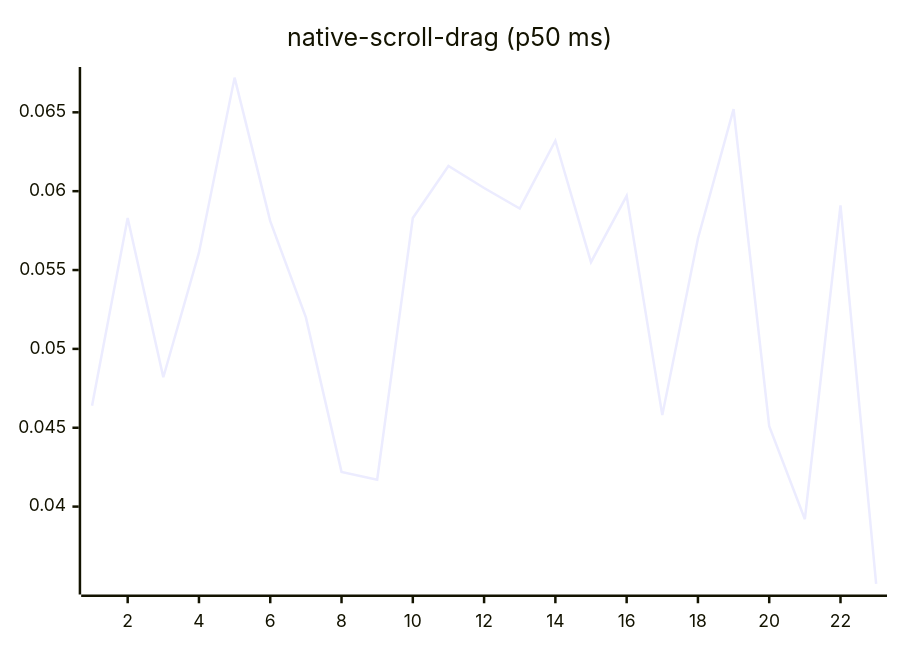
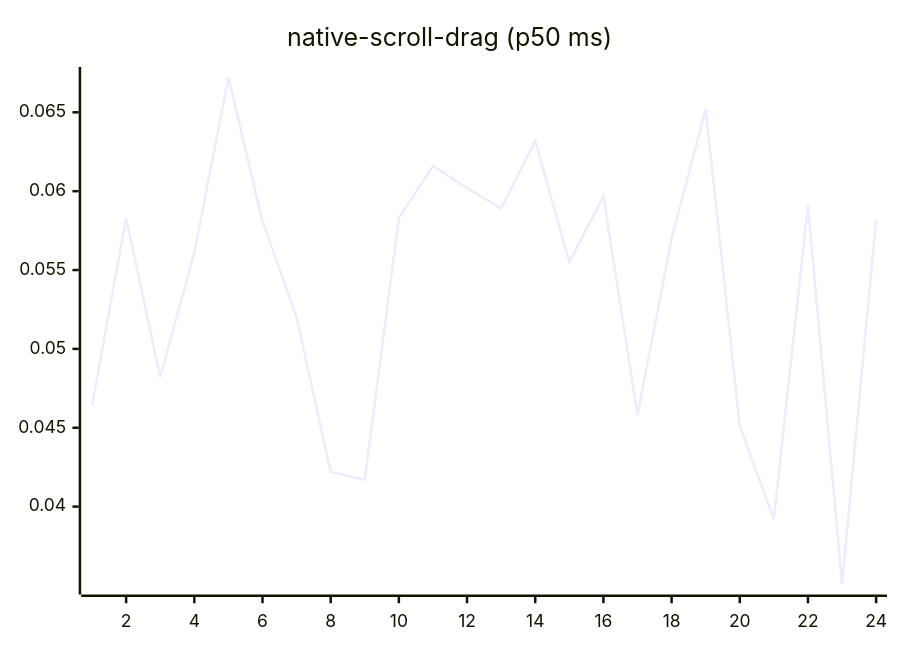
Before and after one commit to josha/Facet: diagram 14 of 27 in README.md, drawn with Mermaid. The commit also changed other lines of this file and 2 other files, not shown here.

````diff
--- a/README.md
+++ b/README.md
@@ -154,6 +154,6 @@
 ```mermaid
 xychart-beta
     title "native-scroll-drag (p50 ms)"
-    x-axis 1 --> 23
-    line [0.0464, 0.0583, 0.0482, 0.0561, 0.0672, 0.0581, 0.0520, 0.0422, 0.0417, 0.0583, 0.0616, 0.0602, 0.0589, 0.0632, 0.0555, 0.0597, 0.0458, 0.0570, 0.0652, 0.0451, 0.0392, 0.0591, 0.0351]
+    x-axis 1 --> 24
+    line [0.0464, 0.0583, 0.0482, 0.0561, 0.0672, 0.0581, 0.0520, 0.0422, 0.0417, 0.0583, 0.0616, 0.0602, 0.0589, 0.0632, 0.0555, 0.0597, 0.0458, 0.0570, 0.0652, 0.0451, 0.0392, 0.0591, 0.0351, 0.0582]
 ```
````
